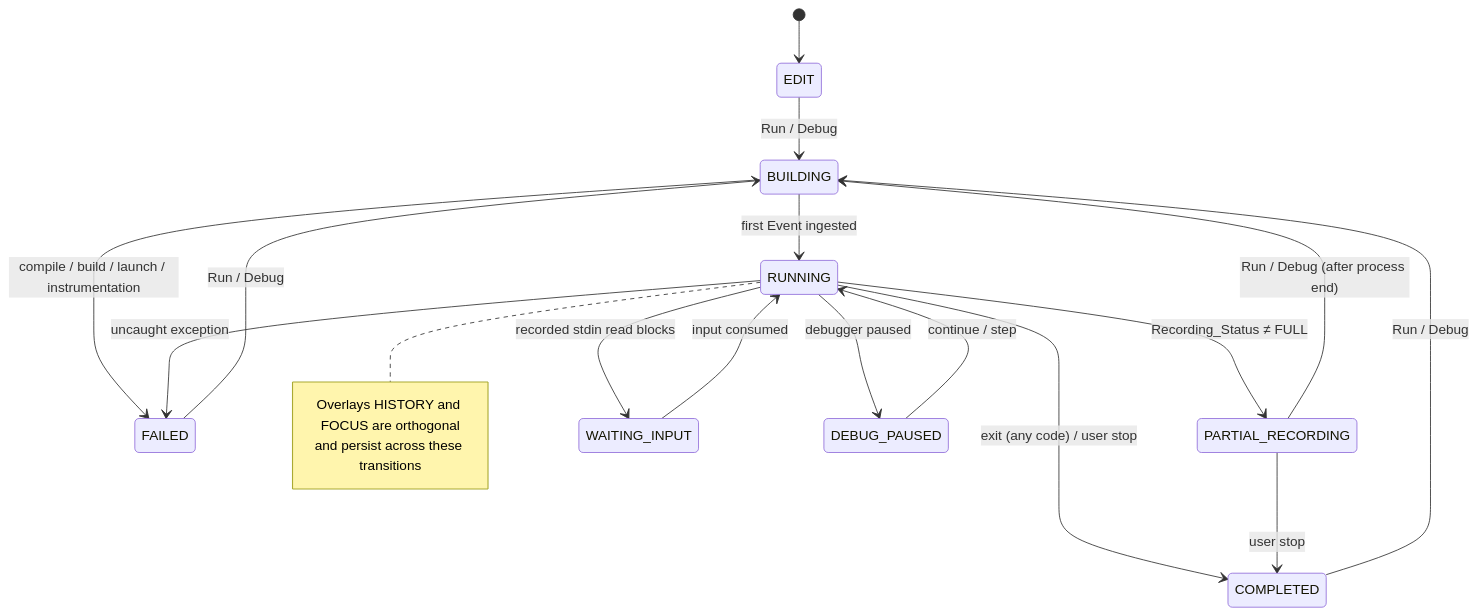
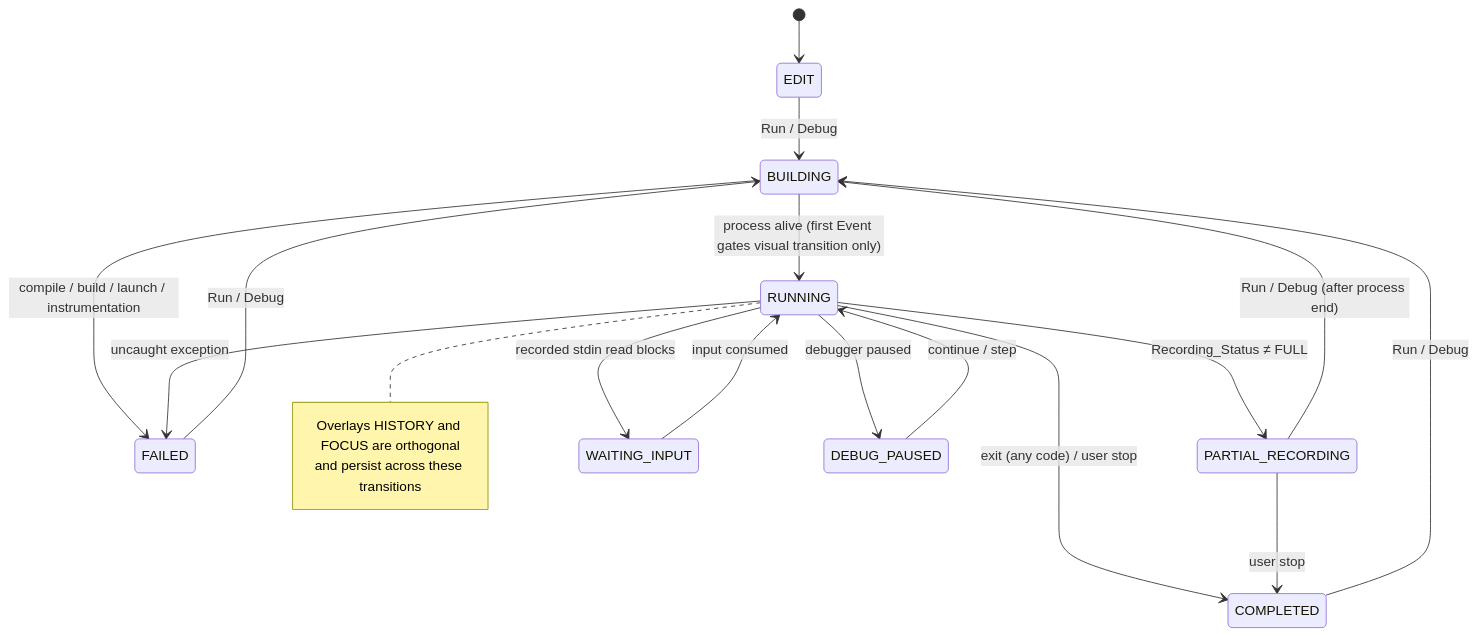
Before and after one commit to EthanChenHyland/GGJavaEZ: the third of 3 diagrams in .kiro/specs/reference-exact-rebuild/design.md, drawn with Mermaid. The commit also changed other lines of this file and 3 other files, not shown here.

````diff
--- a/.kiro/specs/reference-exact-rebuild/design.md
+++ b/.kiro/specs/reference-exact-rebuild/design.md
@@ -325,22 +417,22 @@
 ```mermaid
 stateDiagram-v2
   [*] --> EDIT
   EDIT --> BUILDING: Run / Debug
   COMPLETED --> BUILDING: Run / Debug
   FAILED --> BUILDING: Run / Debug
   PARTIAL_RECORDING --> BUILDING: Run / Debug (after process end)
-  BUILDING --> RUNNING: first Event ingested
+  BUILDING --> RUNNING: process alive (first Event gates visual transition only)
   BUILDING --> FAILED: compile / build / launch / instrumentation
   RUNNING --> WAITING_INPUT: recorded stdin read blocks
   WAITING_INPUT --> RUNNING: input consumed
   RUNNING --> DEBUG_PAUSED: debugger paused
   DEBUG_PAUSED --> RUNNING: continue / step
   RUNNING --> PARTIAL_RECORDING: Recording_Status ≠ FULL
   RUNNING --> COMPLETED: exit (any code) / user stop
   RUNNING --> FAILED: uncaught exception
   PARTIAL_RECORDING --> COMPLETED: user stop
   note right of RUNNING
     Overlays HISTORY and FOCUS are orthogonal
     and persist across these transitions
   end note
 ```
````
